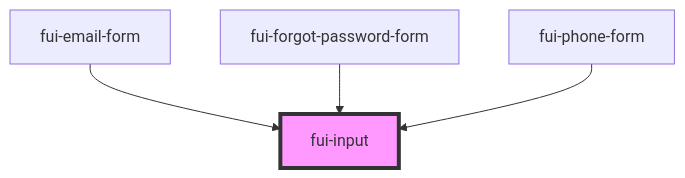
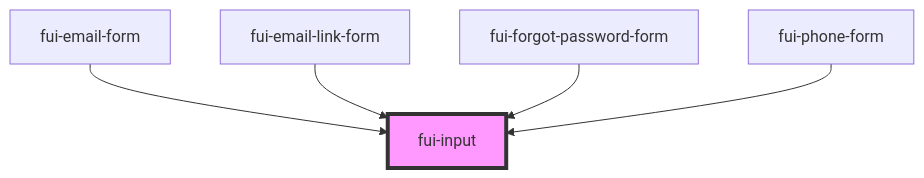
The diagram in packages/firebaseui-stencil/src/components/fui-input/readme.md (invertase/firebaseui-web), drawn with Mermaid before and after one commit. The commit also changed other lines of this file and 60 other files, not shown here.

````diff
--- a/packages/firebaseui-stencil/src/components/fui-input/readme.md
+++ b/packages/firebaseui-stencil/src/components/fui-input/readme.md
@@ -36,7 +37,8 @@
 ```mermaid
 graph TD;
   fui-email-form --> fui-input
+  fui-email-link-form --> fui-input
   fui-forgot-password-form --> fui-input
   fui-phone-form --> fui-input
   style fui-input fill:#f9f,stroke:#333,stroke-width:4px
 ```
````
